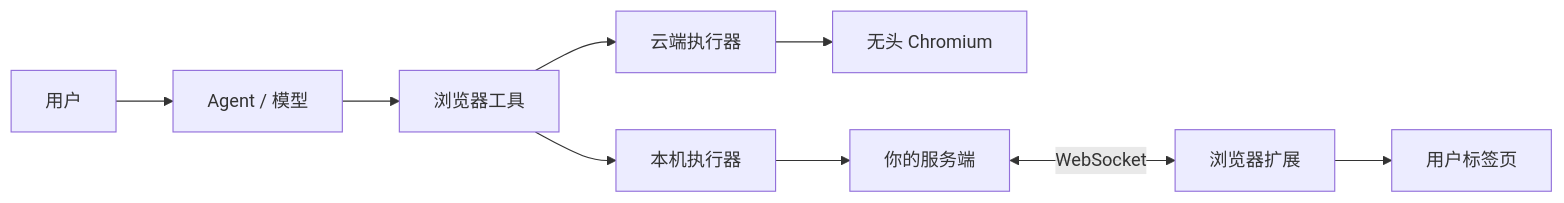
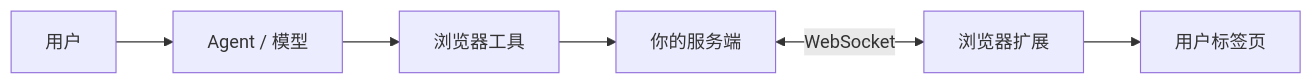
One commit to guygubaby/ai-agent-dev-guide changed the first of 3 diagrams in docs/topics/browser-use.md. Above: the diagram before and after it, drawn with Mermaid. The commit also changed other lines of this file and 1 other file, not shown here.

````diff
--- a/docs/topics/browser-use.md
+++ b/docs/topics/browser-use.md
@@ -34,11 +20,8 @@
 ```mermaid
 flowchart LR
     U["用户"] --> A["Agent / 模型"]
     A --> T["浏览器工具"]
-    T --> C["云端执行器"]
-    C --> B["无头 Chromium"]
-    T --> L["本机执行器"]
-    L --> S["你的服务端"]
+    T --> S["你的服务端"]
     S <-->|"WebSocket"| E["浏览器扩展"]
     E --> P["用户标签页"]
 ```
````
